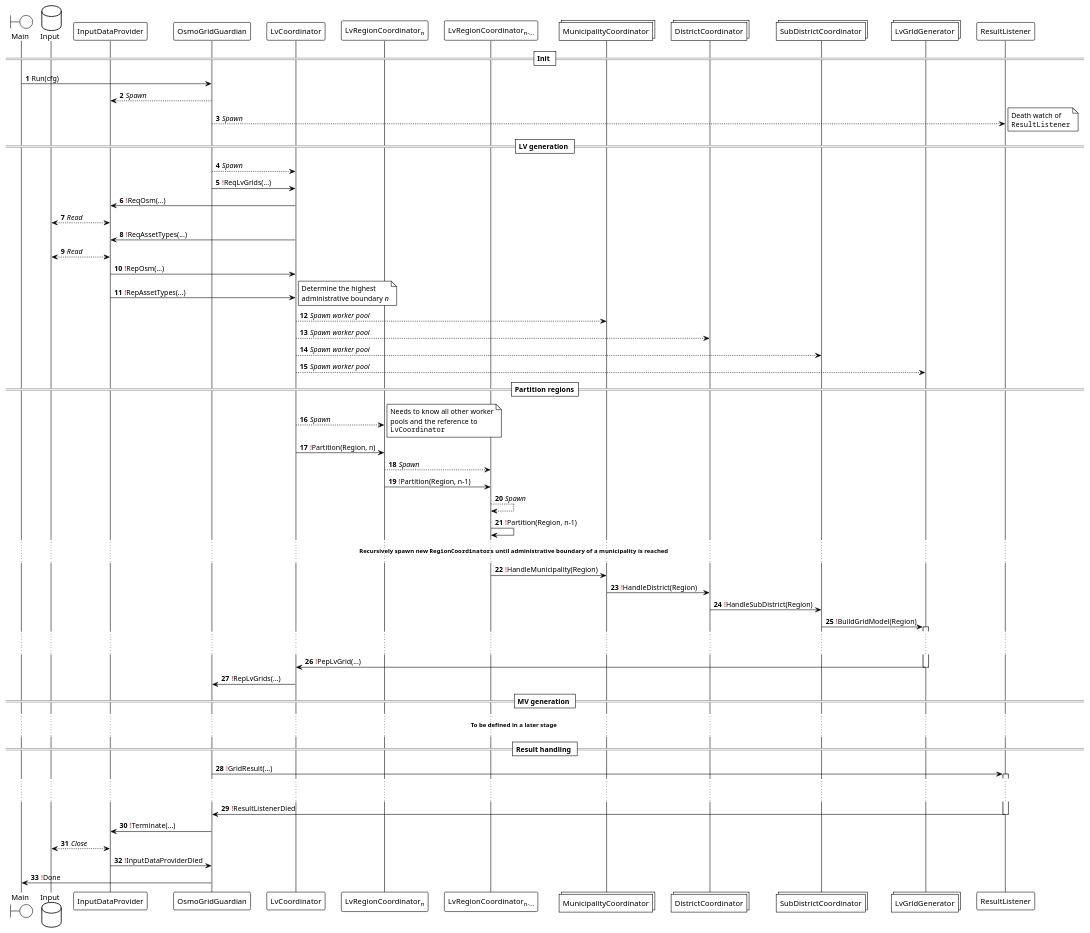
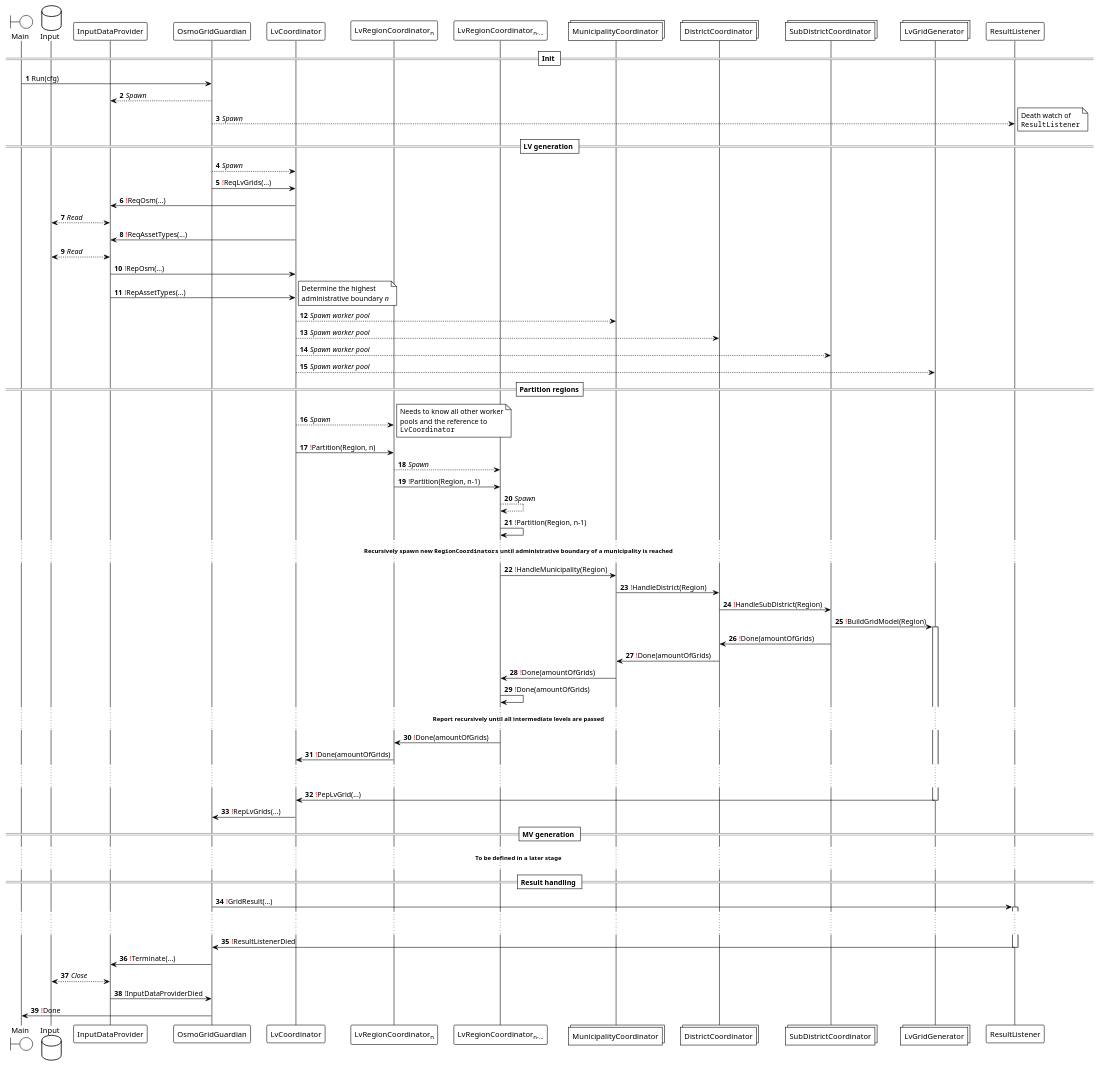
The diagram in docs/puml/protocol/protocol.puml (ie3-institute/OSMoGrid), drawn with PlantUML before and after one commit.

Commit message:
Introduce feedback path
to know for how many low voltage grids to wait.

```diff
--- a/docs/puml/protocol/protocol.puml
+++ b/docs/puml/protocol/protocol.puml
@@ -1,84 +1,91 @@
 @startuml
 'https://plantuml.com/sequence-diagram
 
 !theme plain
 autonumber
 
 boundary Main
 database Input
 participant InputDataProvider
 participant OsmoGridGuardian
 participant LvCoordinator
 participant "LvRegionCoordinator<sub>n</sub>"
 participant "LvRegionCoordinator<sub>n-...</sub>"
 collections MunicipalityCoordinator
 collections DistrictCoordinator
 collections SubDistrictCoordinator
 collections LvGridGenerator
 participant ResultListener
 
 == Init ==
 Main -> OsmoGridGuardian: Run(cfg)
 OsmoGridGuardian --> InputDataProvider: //Spawn//
 
 OsmoGridGuardian --> ResultListener: //Spawn//
 note right: Death watch of\n""ResultListener""
 
 == LV generation ==
 OsmoGridGuardian --> LvCoordinator: //Spawn//
 OsmoGridGuardian -> LvCoordinator: <font color="red">!</font>ReqLvGrids(...)
 LvCoordinator -> InputDataProvider: <font color="red">!</font>ReqOsm(...)
 InputDataProvider <--> Input: //Read//
 LvCoordinator -> InputDataProvider: <font color="red">!</font>ReqAssetTypes(...)
 InputDataProvider <--> Input: //Read//
 InputDataProvider -> LvCoordinator: <font color="red">!</font>RepOsm(...)
 InputDataProvider -> LvCoordinator: <font color="red">!</font>RepAssetTypes(...)
 note right: Determine the highest\nadministrative boundary //n//
 LvCoordinator --> MunicipalityCoordinator: //Spawn worker pool//
 LvCoordinator --> DistrictCoordinator: //Spawn worker pool//
 LvCoordinator --> SubDistrictCoordinator: //Spawn worker pool//
 LvCoordinator --> LvGridGenerator: //Spawn worker pool//
 
 ==Partition regions==
 LvCoordinator --> "LvRegionCoordinator<sub>n</sub>": //Spawn//
 note right: Needs to know all other worker\npools and the reference to\n""LvCoordinator""
 LvCoordinator -> "LvRegionCoordinator<sub>n</sub>": <font color="red">!</font>Partition(Region, n)
 "LvRegionCoordinator<sub>n</sub>" --> "LvRegionCoordinator<sub>n-...</sub>": //Spawn//
 "LvRegionCoordinator<sub>n</sub>" -> "LvRegionCoordinator<sub>n-...</sub>": <font color="red">!</font>Partition(Region, n-1)
 "LvRegionCoordinator<sub>n-...</sub>" --> "LvRegionCoordinator<sub>n-...</sub>": //Spawn//
 "LvRegionCoordinator<sub>n-...</sub>" -> "LvRegionCoordinator<sub>n-...</sub>": <font color="red">!</font>Partition(Region, n-1)
 ... **Recursively spawn new ""RegionCoordinators"" until administrative boundary of a municipality is reached** ...
 
 "LvRegionCoordinator<sub>n-...</sub>" -> MunicipalityCoordinator: <font color="red">!</font>HandleMunicipality(Region)
 
 MunicipalityCoordinator -> DistrictCoordinator: <font color="red">!</font>HandleDistrict(Region)
 
 DistrictCoordinator -> SubDistrictCoordinator: <font color="red">!</font>HandleSubDistrict(Region)
 
 SubDistrictCoordinator -> LvGridGenerator: <font color="red">!</font>BuildGridModel(Region)
 
 activate LvGridGenerator
+SubDistrictCoordinator -> DistrictCoordinator: <font color="red">!</font>Done(amountOfGrids)
+DistrictCoordinator -> MunicipalityCoordinator: <font color="red">!</font>Done(amountOfGrids)
+MunicipalityCoordinator -> "LvRegionCoordinator<sub>n-...</sub>": <font color="red">!</font>Done(amountOfGrids)
+"LvRegionCoordinator<sub>n-...</sub>" -> "LvRegionCoordinator<sub>n-...</sub>": <font color="red">!</font>Done(amountOfGrids)
+... **Report recursively until all intermediate levels are passed** ...
+"LvRegionCoordinator<sub>n-...</sub>" -> "LvRegionCoordinator<sub>n</sub>": <font color="red">!</font>Done(amountOfGrids)
+"LvRegionCoordinator<sub>n</sub>" -> LvCoordinator: <font color="red">!</font>Done(amountOfGrids)
 ... ...
 LvGridGenerator -> LvCoordinator: <font color="red">!</font>PepLvGrid(...)
 deactivate LvGridGenerator
 
 LvCoordinator -> OsmoGridGuardian: <font color="red">!</font>RepLvGrids(...)
 
 == MV generation ==
 ... **To be defined in a later stage** ...
 
 == Result handling ==
 OsmoGridGuardian -> ResultListener: <font color="red">!</font>GridResult(...)
 activate ResultListener
 ... ...
 ResultListener -> OsmoGridGuardian: <font color="red">!</font>ResultListenerDied
 deactivate ResultListener
 OsmoGridGuardian -> InputDataProvider: <font color="red">!</font>Terminate(...)
 InputDataProvider <--> Input: //Close//
 InputDataProvider -> OsmoGridGuardian: <font color="red">!</font>InputDataProviderDied
 
 OsmoGridGuardian -> Main: <font color="red">!</font>Done
 
 'TODO: Don't forget to spawn and initialize the ResultListener
 
 @enduml
```
